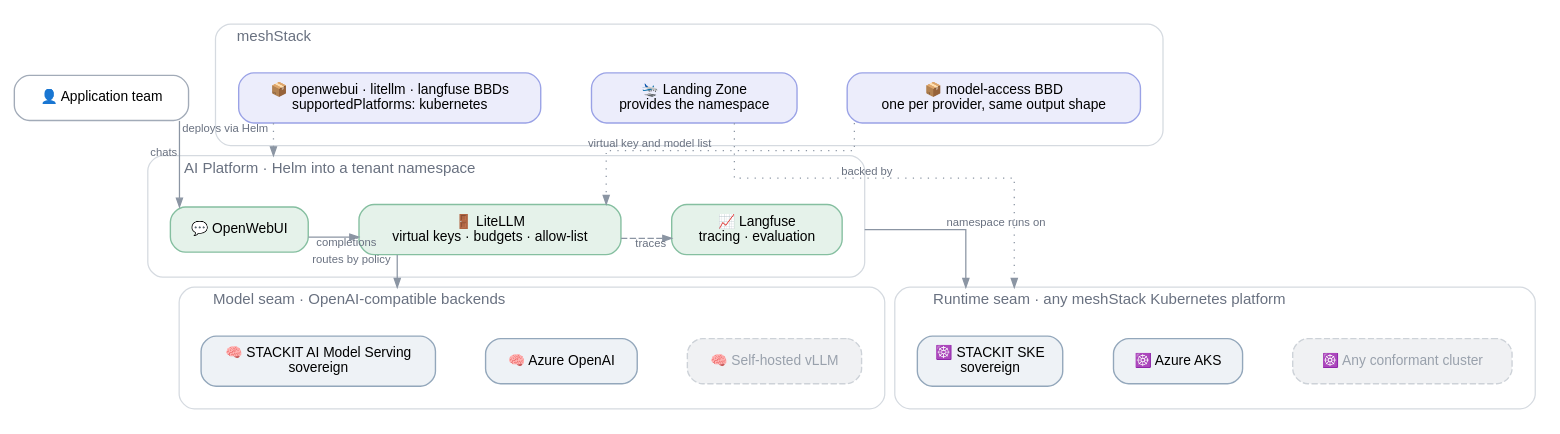
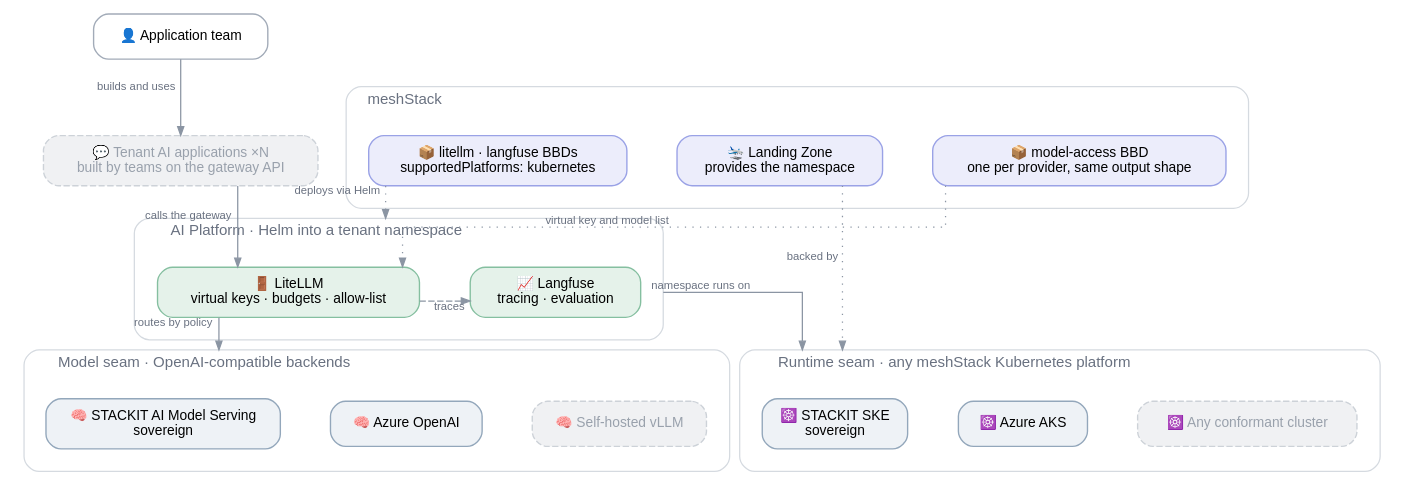
Before and after one commit to meshcloud/meshstack-hub: the diagram in reference-architectures/stackit-ai/stackit-ai-pluggable.dot, drawn with Graphviz. The commit also changed 6 other files, not shown here.

```diff
--- a/reference-architectures/stackit-ai/stackit-ai-pluggable.dot
+++ b/reference-architectures/stackit-ai/stackit-ai-pluggable.dot
@@ -1,90 +1,91 @@
 /*
  * Variant under discussion: two pluggable seams — the Kubernetes platform whose landing zone
  * provides the namespace, and the model backends LiteLLM routes to.
  * Conventions: .agents/references/diagrams.md — render with: task diagrams
  */
 digraph stackit_ai_pluggable {
   rankdir=TB
   compound=true
   splines=ortho
   forcelabels=true
   bgcolor="white"
   nodesep=0.55
   ranksep=0.85
 
   node [shape=box style="rounded,filled" fontname="Helvetica" fontsize=11
         fillcolor="#ffffff" color="#a2abb8" penwidth=1.1 margin="0.20,0.11"]
   edge [fontname="Helvetica" fontsize=9 fontcolor="#697180" color="#8b95a3" arrowsize=0.7]
 
   USER [label="👤 Application team" fillcolor="#ffffff" color="#a2abb8"]
+  APPS [label="💬 Tenant AI applications ×N\nbuilt by teams on the gateway API"
+        fillcolor="#f0f1f3" color="#cdd2d8" fontcolor="#99a1ac" style="rounded,filled,dashed"]
 
   subgraph cluster_mesh {
     label="  meshStack"
     labeljust=l
     fontname="Helvetica" fontsize=12 fontcolor="#697180"
     style="rounded" color="#d5dae0"
     margin=18
 
-    BBD_COMP  [label="📦 openwebui · litellm · langfuse BBDs\nsupportedPlatforms: kubernetes" fillcolor="#ecedfb" color="#9aa2e6"]
+    BBD_COMP  [label="📦 litellm · langfuse BBDs\nsupportedPlatforms: kubernetes" fillcolor="#ecedfb" color="#9aa2e6"]
     LZ        [label="🛬 Landing Zone\nprovides the namespace" fillcolor="#ecedfb" color="#9aa2e6"]
     BBD_MODEL [label="📦 model-access BBD\none per provider, same output shape" fillcolor="#ecedfb" color="#9aa2e6"]
 
     { rank=same; BBD_COMP -> LZ -> BBD_MODEL [style=invis] }
   }
 
   subgraph cluster_platform {
     label="  AI Platform · Helm into a tenant namespace"
     labeljust=l
     fontname="Helvetica" fontsize=12 fontcolor="#697180"
     style="rounded" color="#d5dae0"
     margin=18
 
-    WEBUI    [label="💬 OpenWebUI" fillcolor="#e5f2ea" color="#85bfa0"]
     LITELLM  [label="🚪 LiteLLM\nvirtual keys · budgets · allow-list" fillcolor="#e5f2ea" color="#85bfa0"]
     LANGFUSE [label="📈 Langfuse\ntracing · evaluation" fillcolor="#e5f2ea" color="#85bfa0"]
 
-    { rank=same; WEBUI -> LITELLM -> LANGFUSE [style=invis] }
+    { rank=same; LITELLM -> LANGFUSE [style=invis] }
 
-    WEBUI   -> LITELLM  [xlabel="completions"]
     LITELLM -> LANGFUSE [xlabel="traces" style=dashed constraint=false]
   }
 
   subgraph cluster_runtime {
     label="  Runtime seam · any meshStack Kubernetes platform"
     labeljust=l
     fontname="Helvetica" fontsize=12 fontcolor="#697180"
     style="rounded" color="#d5dae0"
     margin=18
 
     SKE    [label="☸️ STACKIT SKE\nsovereign" fillcolor="#eef2f6" color="#93a7bb"]
     AKS    [label="☸️ Azure AKS" fillcolor="#eef2f6" color="#93a7bb"]
     ANYK8S [label="☸️ Any conformant cluster"
             fillcolor="#f0f1f3" color="#cdd2d8" fontcolor="#99a1ac" style="rounded,filled,dashed"]
 
     { rank=same; SKE -> AKS -> ANYK8S [style=invis] }
   }
 
   subgraph cluster_models {
     label="  Model seam · OpenAI-compatible backends"
     labeljust=l
     fontname="Helvetica" fontsize=12 fontcolor="#697180"
     style="rounded" color="#d5dae0"
     margin=18
 
     STACKITM [label="🧠 STACKIT AI Model Serving\nsovereign" fillcolor="#eef2f6" color="#93a7bb"]
     AZUREM   [label="🧠 Azure OpenAI" fillcolor="#eef2f6" color="#93a7bb"]
     VLLM     [label="🧠 Self-hosted vLLM"
               fillcolor="#f0f1f3" color="#cdd2d8" fontcolor="#99a1ac" style="rounded,filled,dashed"]
 
     { rank=same; STACKITM -> AZUREM -> VLLM [style=invis] }
   }
 
-  USER -> WEBUI [xlabel="chats"]
+  USER -> APPS    [xlabel="builds and uses"]
+  APPS -> LITELLM [xlabel="calls the gateway"]
 
-  BBD_COMP  -> WEBUI    [xlabel="deploys via Helm" style=dotted lhead=cluster_platform]
+  BBD_COMP  -> LITELLM  [xlabel="deploys via Helm" style=dotted lhead=cluster_platform]
   LZ        -> SKE      [xlabel="backed by" style=dotted lhead=cluster_runtime constraint=false]
   BBD_MODEL -> LITELLM  [xlabel="virtual key and model list" style=dotted constraint=false]
 
   LANGFUSE -> SKE      [xlabel="namespace runs on" ltail=cluster_platform lhead=cluster_runtime]
   LITELLM  -> STACKITM [xlabel="routes by policy" lhead=cluster_models]
 }
```
